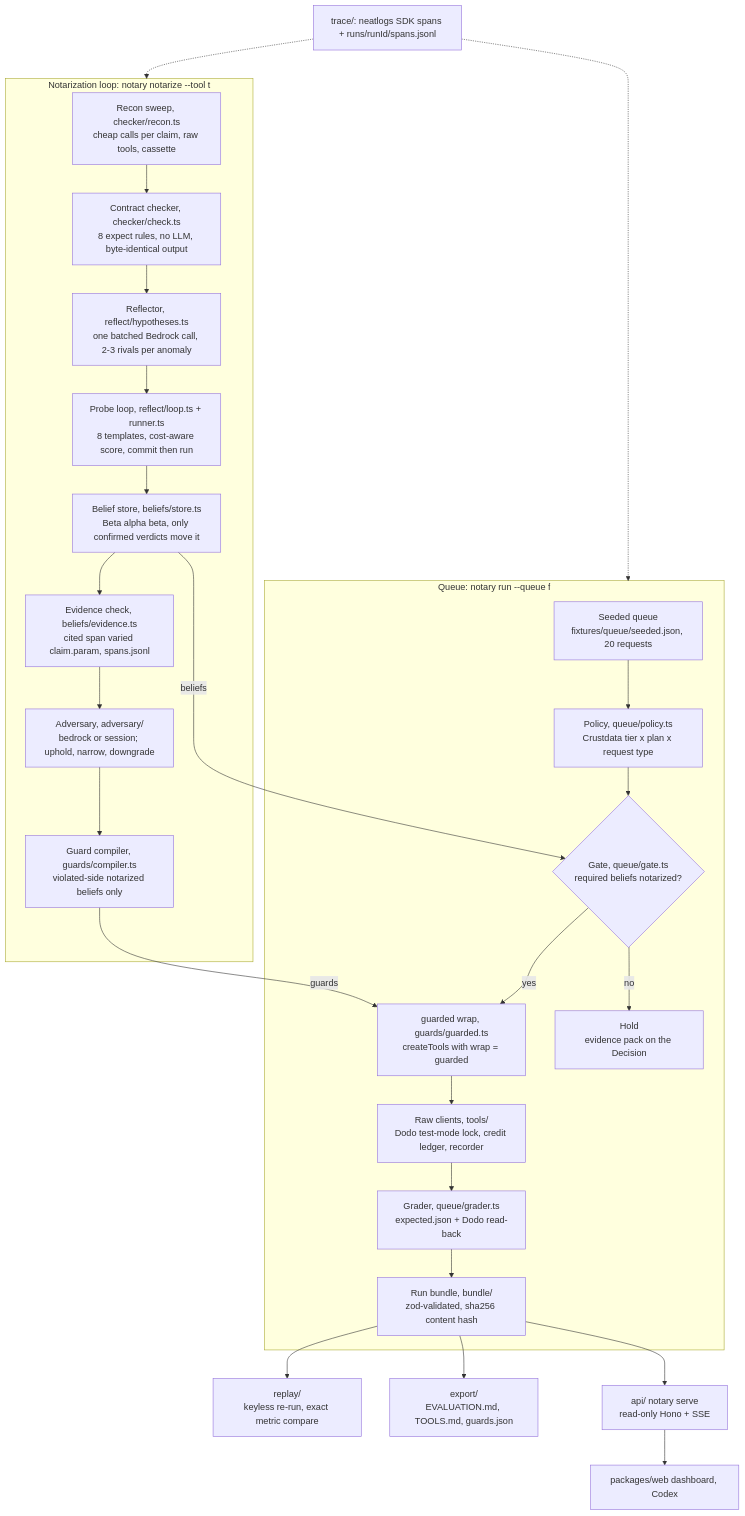
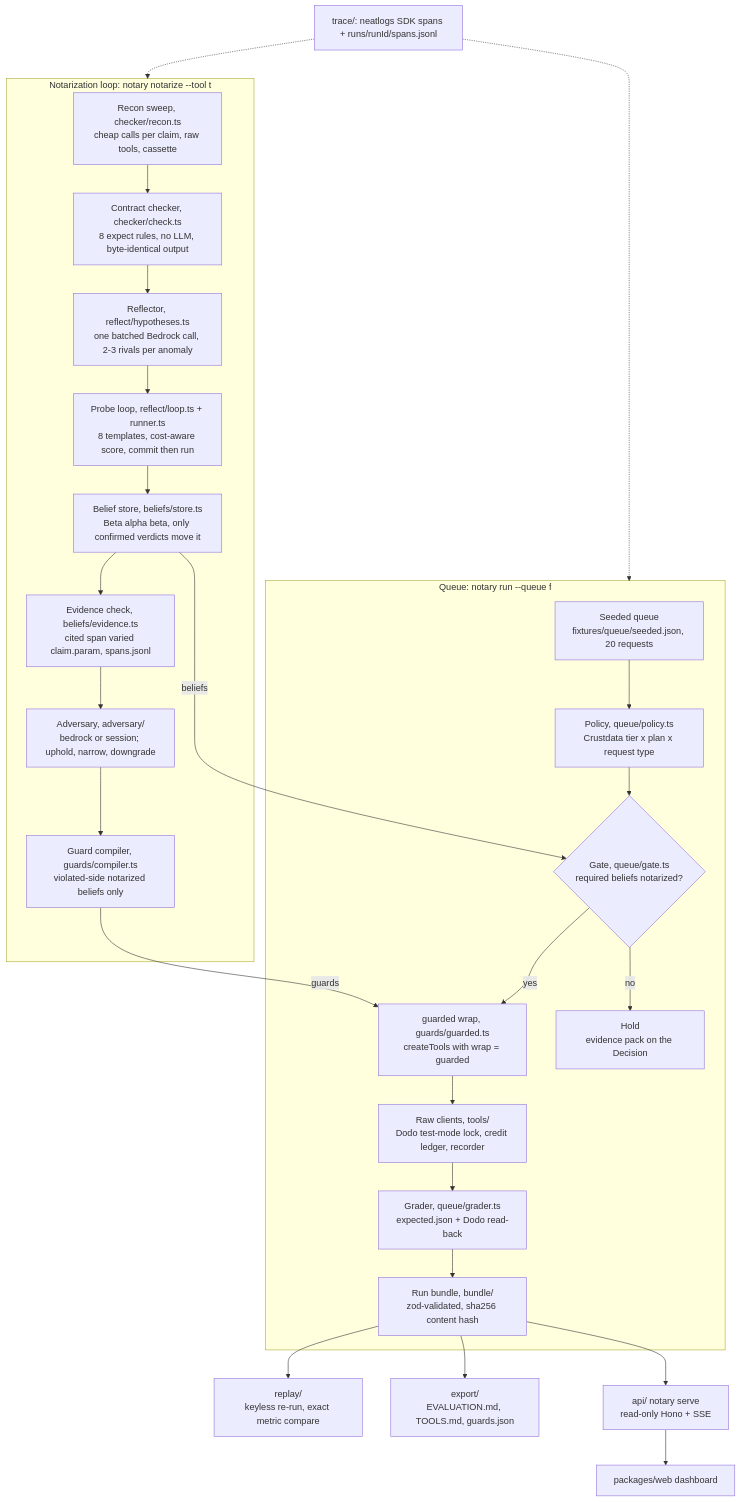
Before and after one commit to parthchilwerwar/notary: the diagram in docs/ARCHITECTURE.md, drawn with Mermaid. The commit also changed other lines of this file and 226 other files, not shown here.

````diff
--- a/docs/ARCHITECTURE.md
+++ b/docs/ARCHITECTURE.md
@@ -11,29 +11,29 @@
 ```mermaid
 flowchart TB
   subgraph N["Notarization loop: notary notarize --tool t"]
     A0["Recon sweep, checker/recon.ts<br/>cheap calls per claim, raw tools, cassette"] --> A1["Contract checker, checker/check.ts<br/>8 expect rules, no LLM, byte-identical output"]
     A1 --> A2["Reflector, reflect/hypotheses.ts<br/>one batched Bedrock call, 2-3 rivals per anomaly"]
     A2 --> A3["Probe loop, reflect/loop.ts + runner.ts<br/>8 templates, cost-aware score, commit then run"]
     A3 --> A4["Belief store, beliefs/store.ts<br/>Beta alpha beta, only confirmed verdicts move it"]
     A4 --> A7["Evidence check, beliefs/evidence.ts<br/>cited span varied claim.param, spans.jsonl"]
     A7 --> A5["Adversary, adversary/<br/>bedrock or session; uphold, narrow, downgrade"]
     A5 --> A6["Guard compiler, guards/compiler.ts<br/>violated-side notarized beliefs only"]
   end
   subgraph Q["Queue: notary run --queue f"]
     B1["Seeded queue<br/>fixtures/queue/seeded.json, 20 requests"] --> B2["Policy, queue/policy.ts<br/>Crustdata tier x plan x request type"]
     B2 --> B3{"Gate, queue/gate.ts<br/>required beliefs notarized?"}
     B3 -- yes --> B4["guarded wrap, guards/guarded.ts<br/>createTools with wrap = guarded"]
     B3 -- no --> B5["Hold<br/>evidence pack on the Decision"]
     B4 --> B6["Raw clients, tools/<br/>Dodo test-mode lock, credit ledger, recorder"]
     B6 --> B8["Grader, queue/grader.ts<br/>expected.json + Dodo read-back"]
     B8 --> B7["Run bundle, bundle/<br/>zod-validated, sha256 content hash"]
   end
   A4 -- beliefs --> B3
   A6 -- guards --> B4
   B7 --> R["replay/<br/>keyless re-run, exact metric compare"]
   B7 --> X["export/<br/>EVALUATION.md, TOOLS.md, guards.json"]
   B7 --> S["api/ notary serve<br/>read-only Hono + SSE"]
-  S --> D["packages/web dashboard, Codex"]
+  S --> D["packages/web dashboard"]
   L["trace/: neatlogs SDK spans + runs/runId/spans.jsonl"] -.-> N
   L -.-> Q
 ```
````
